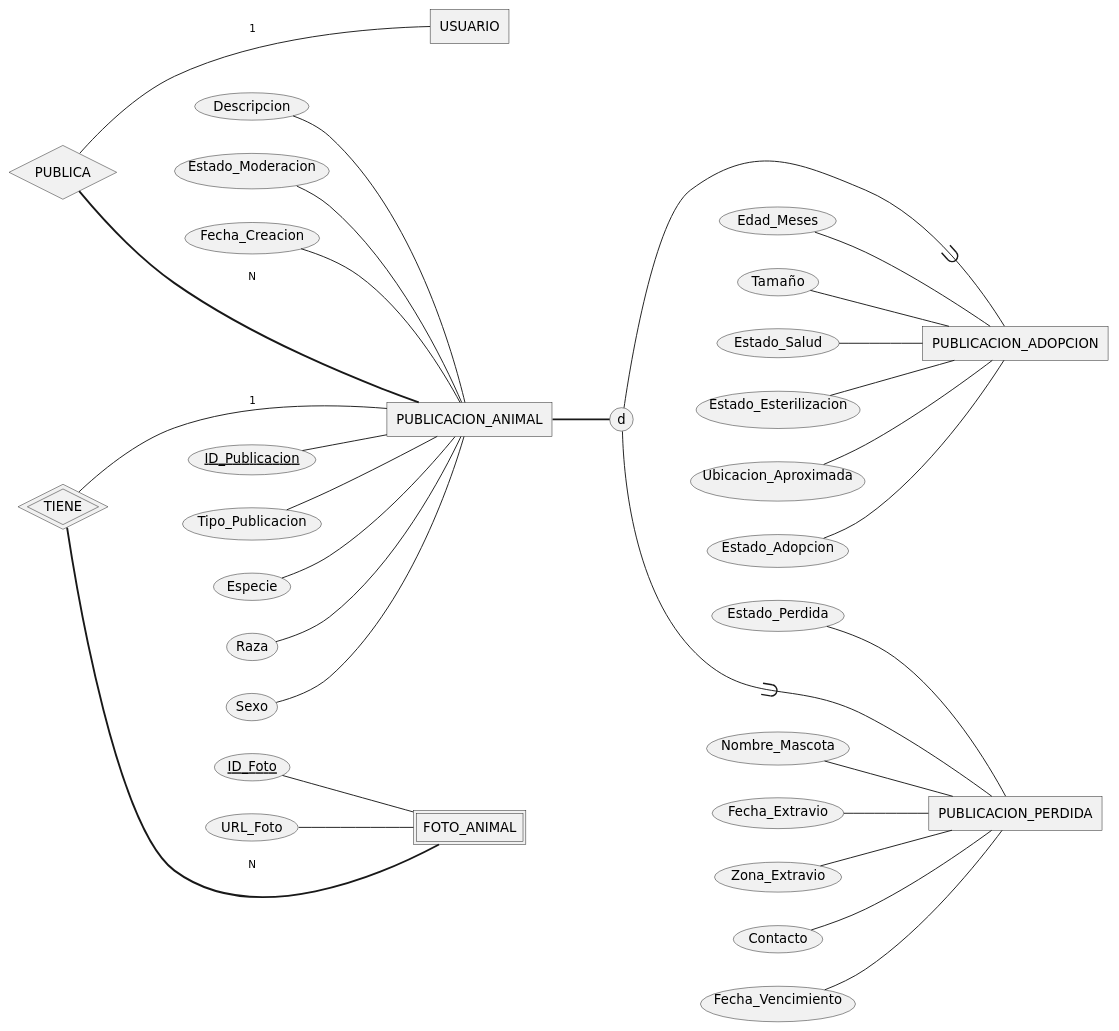
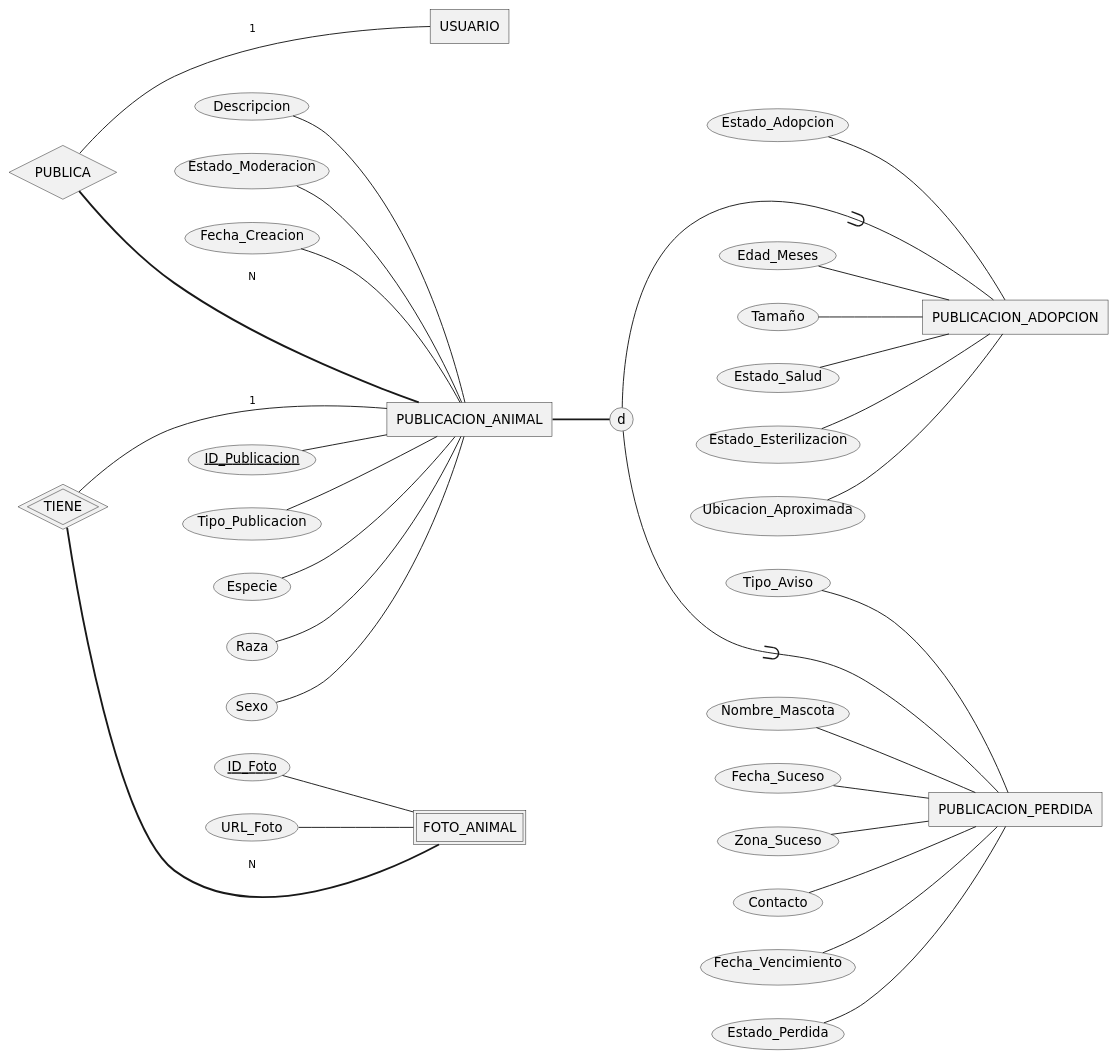
Before and after one commit to CodeCraftersITI/adoptauy: the diagram in docs/diagramas/uml/mer-publicaciones.puml, drawn with PlantUML. The commit also changed 11 other files, not shown here.

First line of the commit message:
docs: diagramas con mascotas encontradas (RF:0064, RF:0065)

```diff
--- a/docs/diagramas/uml/mer-publicaciones.puml
+++ b/docs/diagramas/uml/mer-publicaciones.puml
@@ -1,47 +1,48 @@
 @startchen mer-publicaciones
 ' MER de AdoptaUY, módulo Publicaciones (con atributos)
 skinparam defaultFontName DejaVu Sans
 skinparam backgroundColor white
 left to right direction
 entity USUARIO {
 }
 entity PUBLICACION_ANIMAL {
   ID_Publicacion <<key>>
   Tipo_Publicacion
   Especie
   Raza
   Sexo
   Descripcion
   Estado_Moderacion
   Fecha_Creacion
 }
 entity PUBLICACION_ADOPCION {
   Edad_Meses
   Tamaño
   Estado_Salud
   Estado_Esterilizacion
   Ubicacion_Aproximada
   Estado_Adopcion
 }
 entity PUBLICACION_PERDIDA {
+  Tipo_Aviso
   Nombre_Mascota
-  Fecha_Extravio
-  Zona_Extravio
+  Fecha_Suceso
+  Zona_Suceso
   Contacto
   Fecha_Vencimiento
   Estado_Perdida
 }
 entity FOTO_ANIMAL <<weak>> {
   ID_Foto <<key>>
   URL_Foto
 }
 PUBLICACION_ANIMAL =>= d { PUBLICACION_ADOPCION, PUBLICACION_PERDIDA }
 relationship PUBLICA {
 }
 PUBLICA -1- USUARIO
 PUBLICA =N= PUBLICACION_ANIMAL
 relationship TIENE <<identifying>> {
 }
 TIENE -1- PUBLICACION_ANIMAL
 TIENE =N= FOTO_ANIMAL
 @endchen
```
